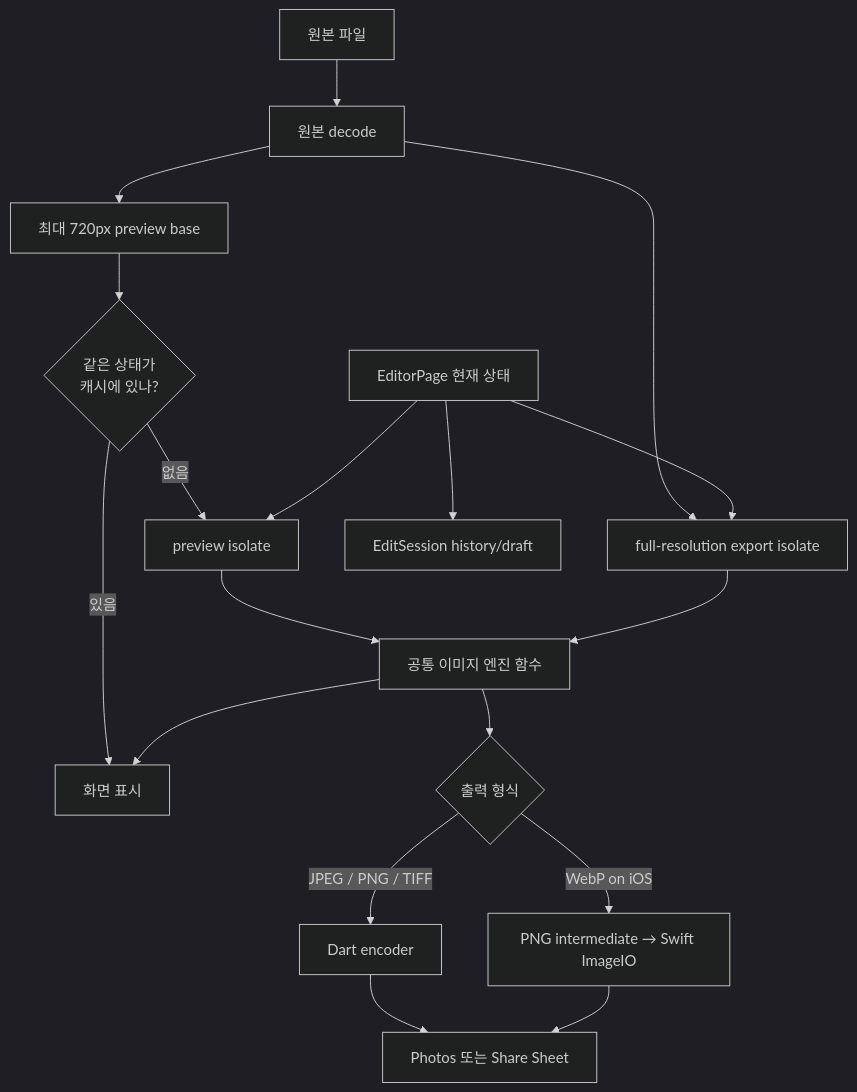
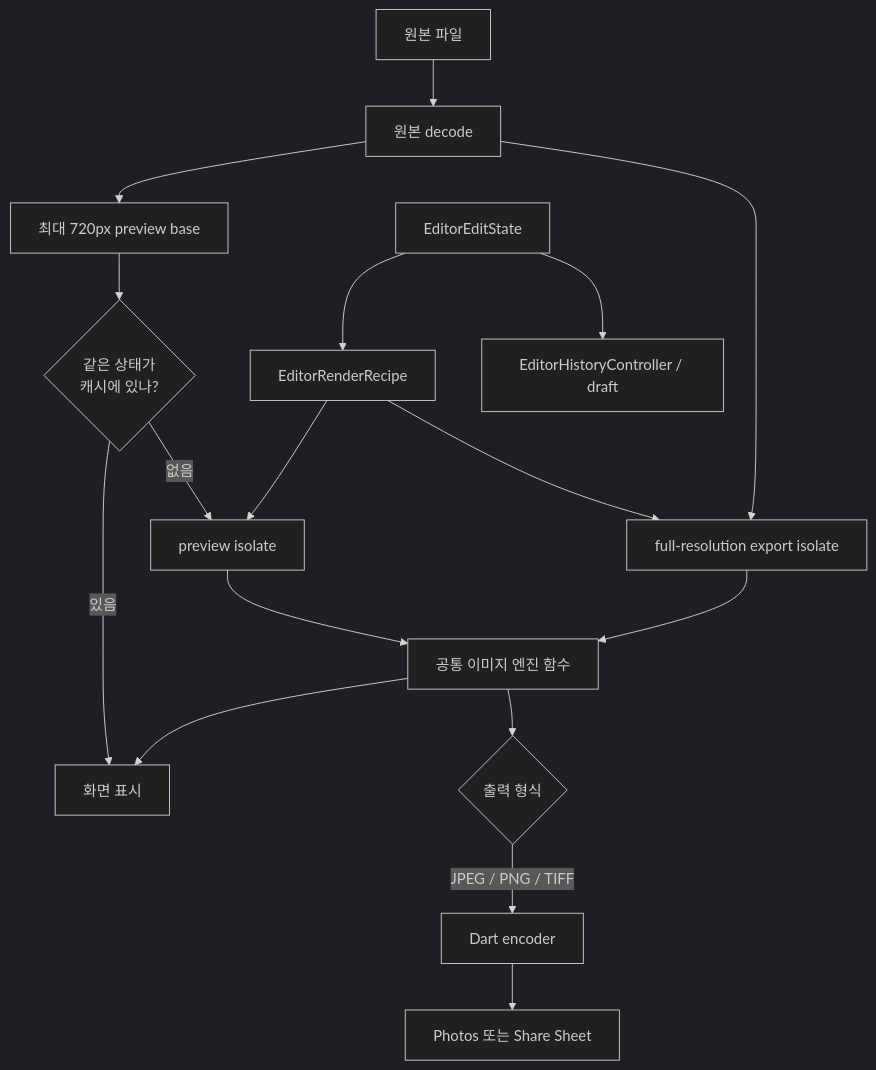
The second of 3 diagrams in README.md (cres17/memoria), drawn with Mermaid (dark theme) before and after one commit. The commit also changed other lines of this file and 28 other files, not shown here.

Commit message:
feat: localize app shell and harden privacy flows

````diff
--- a/README.md
+++ b/README.md
@@ -79,22 +79,21 @@
 ```mermaid
 flowchart TD
     Source[원본 파일] --> Decode[원본 decode]
     Decode --> PreviewBase[최대 720px preview base]
     PreviewBase --> PreviewCache{같은 상태가<br/>캐시에 있나?}
     PreviewCache -->|있음| Screen[화면 표시]
     PreviewCache -->|없음| PreviewWorker[preview isolate]
     PreviewWorker --> Pipeline[공통 이미지 엔진 함수]
     Pipeline --> Screen
 
     Decode --> ExportWorker[full-resolution export isolate]
     ExportWorker --> Pipeline
     Pipeline --> Encoder{출력 형식}
     Encoder -->|JPEG / PNG / TIFF| DartEncoder[Dart encoder]
-    Encoder -->|WebP on iOS| NativeBridge[PNG intermediate → Swift ImageIO]
     DartEncoder --> Destination[Photos 또는 Share Sheet]
-    NativeBridge --> Destination
 
-    ToolState[EditorPage 현재 상태] --> PreviewWorker
-    ToolState --> ExportWorker
-    ToolState --> History[EditSession history/draft]
+    ToolState[EditorEditState] --> Recipe[EditorRenderRecipe]
+    Recipe --> PreviewWorker
+    Recipe --> ExportWorker
+    ToolState --> History[EditorHistoryController / draft]
 ```
````
